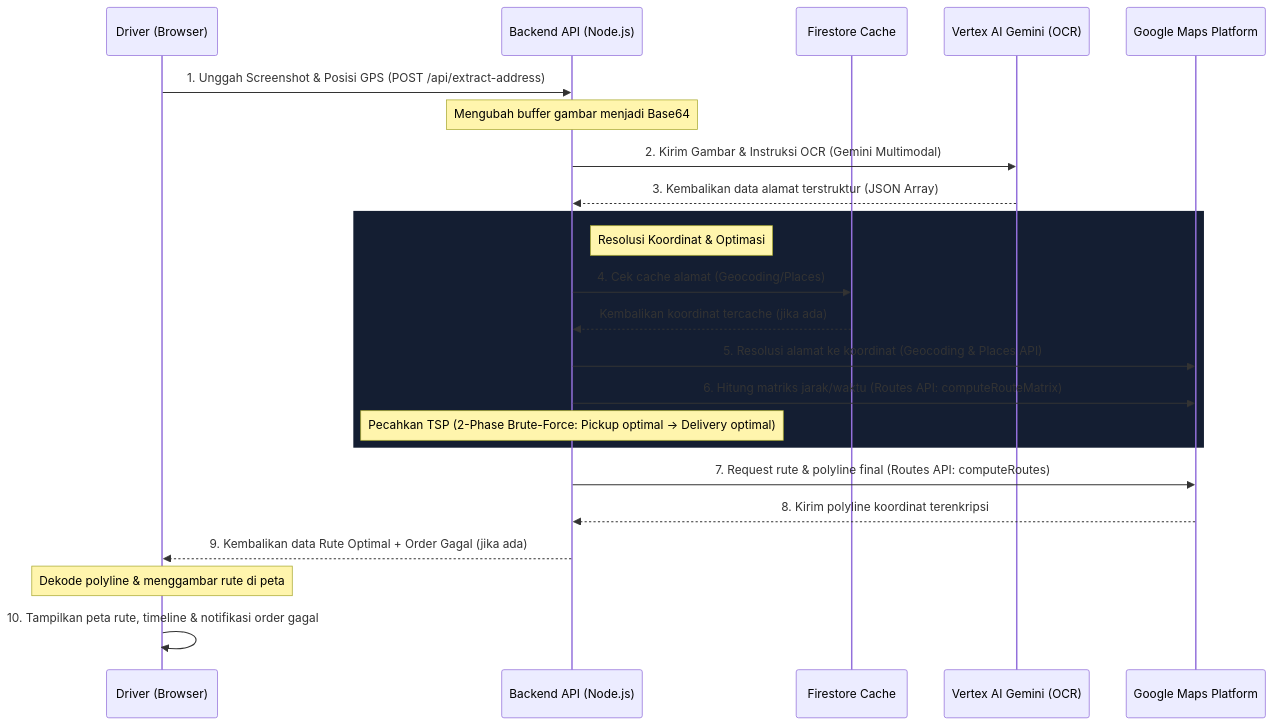
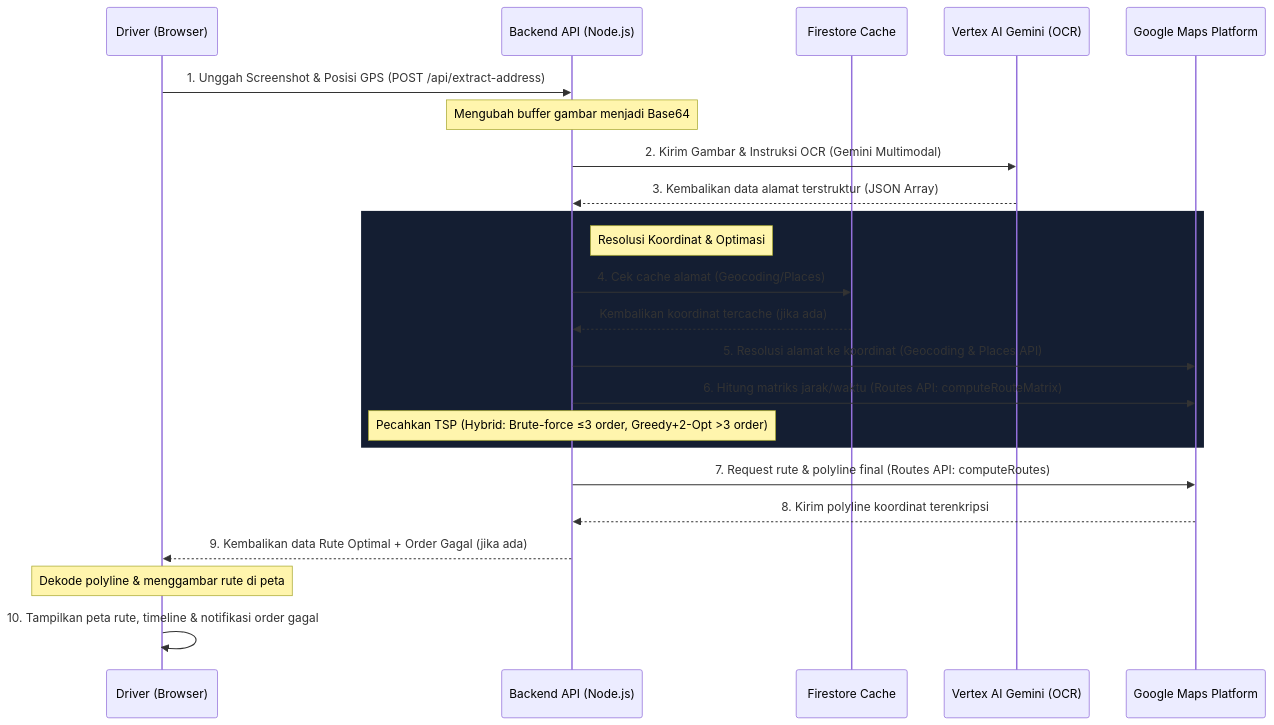
The diagram in README.md (lukim7711/driver-maps), drawn with Mermaid before and after one commit. The commit also changed other lines of this file and 2 other files, not shown here.

First line of the commit message:
docs: update dokumen sesuai arsitektur TSP solver terbaru (hybrid + 2-opt)

````diff
--- a/README.md
+++ b/README.md
@@ -11,29 +11,29 @@
 ```mermaid
 sequenceDiagram
     participant Driver as Driver (Browser)
     participant Server as Backend API (Node.js)
     participant Cache as Firestore Cache
     participant Gemini as Vertex AI Gemini (OCR)
     participant Maps as Google Maps Platform
     
     Driver->>Server: 1. Unggah Screenshot & Posisi GPS (POST /api/extract-address)
     Note over Server: Mengubah buffer gambar menjadi Base64
     Server->>Gemini: 2. Kirim Gambar & Instruksi OCR (Gemini Multimodal)
     Gemini-->>Server: 3. Kembalikan data alamat terstruktur (JSON Array)
     
     rect rgb(20, 30, 50)
         Note right of Server: Resolusi Koordinat & Optimasi
         Server->>Cache: 4. Cek cache alamat (Geocoding/Places)
         Cache-->>Server: Kembalikan koordinat tercache (jika ada)
         Server->>Maps: 5. Resolusi alamat ke koordinat (Geocoding & Places API)
         Server->>Maps: 6. Hitung matriks jarak/waktu (Routes API: computeRouteMatrix)
-        Note over Server: Pecahkan TSP (2-Phase Brute-Force: Pickup optimal → Delivery optimal)
+        Note over Server: Pecahkan TSP (Hybrid: Brute-force ≤3 order, Greedy+2-Opt >3 order)
     end
     
     Server->>Maps: 7. Request rute & polyline final (Routes API: computeRoutes)
     Maps-->>Server: 8. Kirim polyline koordinat terenkripsi
     
     Server-->>Driver: 9. Kembalikan data Rute Optimal + Order Gagal (jika ada)
     Note over Driver: Dekode polyline & menggambar rute di peta
     Driver->>Driver: 10. Tampilkan peta rute, timeline & notifikasi order gagal
 ```
````
